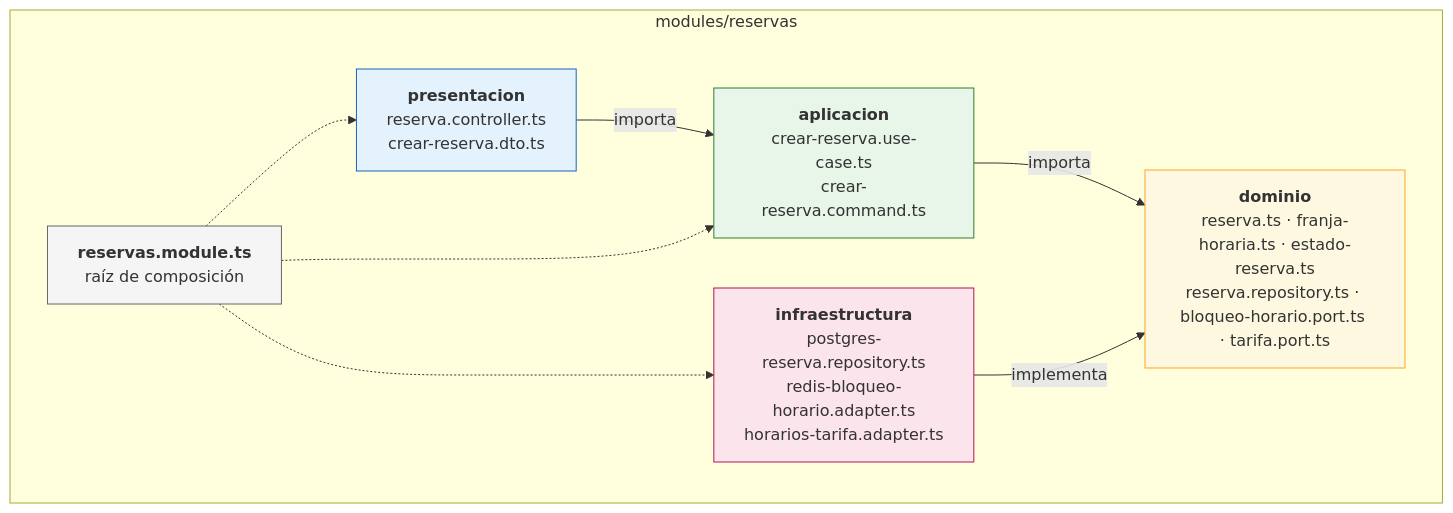
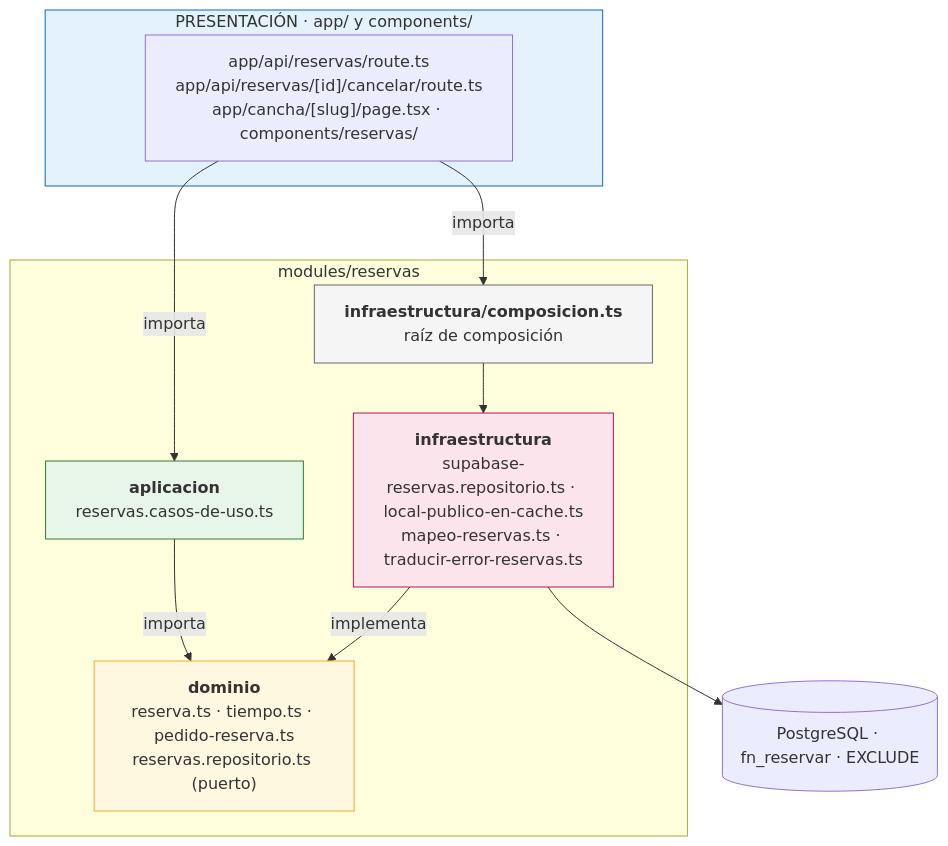
Before and after one commit to edhtsprado27-bit/ReservaYa-Ayacucho: the diagram in img/fuentes-svg/paquetes-modulo-reservas.mmd, drawn with Mermaid. The commit also changed 18 other files, not shown here.

```diff
--- a/img/fuentes-svg/paquetes-modulo-reservas.mmd
+++ b/img/fuentes-svg/paquetes-modulo-reservas.mmd
@@ -1,19 +1,24 @@
 flowchart TB
+    subgraph presentacion["PRESENTACIÓN · app/ y components/"]
+        pres["app/api/reservas/route.ts<br/>app/api/reservas/[id]/cancelar/route.ts<br/>app/cancha/[slug]/page.tsx · components/reservas/"]
+    end
     subgraph modulo["modules/reservas"]
-        pres["<b>presentacion</b><br/>reserva.controller.ts<br/>crear-reserva.dto.ts"]
-        app["<b>aplicacion</b><br/>crear-reserva.use-case.ts<br/>crear-reserva.command.ts"]
-        dom["<b>dominio</b><br/>reserva.ts · franja-horaria.ts · estado-reserva.ts<br/>reserva.repository.ts · bloqueo-horario.port.ts · tarifa.port.ts"]
-        infra["<b>infraestructura</b><br/>postgres-reserva.repository.ts<br/>redis-bloqueo-horario.adapter.ts<br/>horarios-tarifa.adapter.ts"]
-        comp["<b>reservas.module.ts</b><br/>raíz de composición"]
+        app["<b>aplicacion</b><br/>reservas.casos-de-uso.ts"]
+        dom["<b>dominio</b><br/>reserva.ts · tiempo.ts · pedido-reserva.ts<br/>reservas.repositorio.ts (puerto)"]
+        infra["<b>infraestructura</b><br/>supabase-reservas.repositorio.ts · local-publico-en-cache.ts<br/>mapeo-reservas.ts · traducir-error-reservas.ts"]
+        comp["<b>infraestructura/composicion.ts</b><br/>raíz de composición"]
     end
+    bd[("PostgreSQL · fn_reservar · EXCLUDE")]
 
     pres -->|importa| app
+    pres -->|importa| comp
     app -->|importa| dom
     infra -->|implementa| dom
-    comp -.-> pres & app & infra
+    comp --> infra
+    infra --> bd
 
-    style pres fill:#e3f2fd,stroke:#1565c0
+    style presentacion fill:#e3f2fd,stroke:#1565c0
     style app fill:#e8f5e9,stroke:#2e7d32
     style dom fill:#fff8e1,stroke:#f9a825
     style infra fill:#fce4ec,stroke:#ad1457
     style comp fill:#f5f5f5,stroke:#666
```
